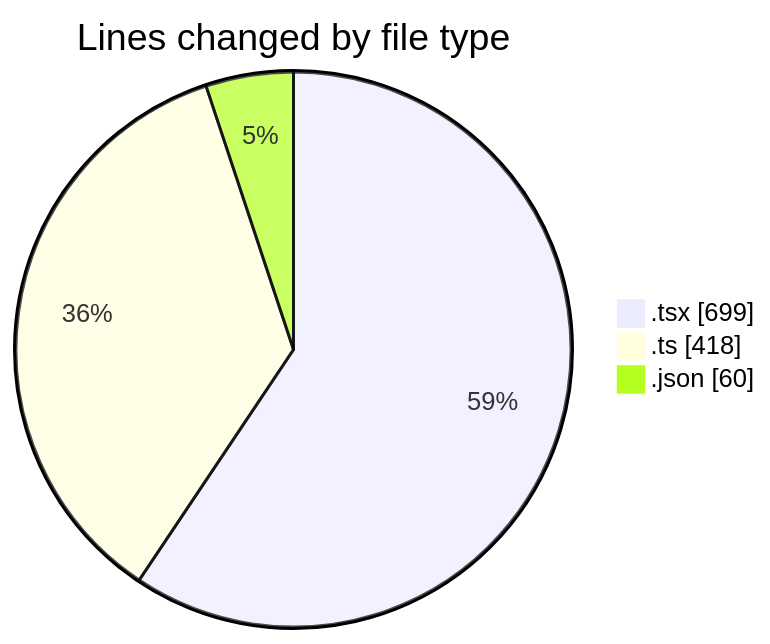
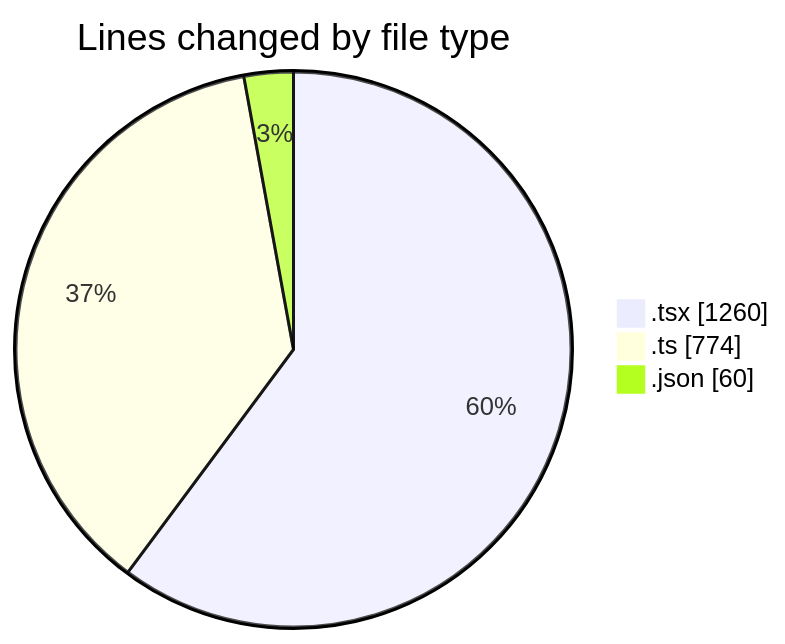
Before and after one commit to nxtqubesakshisongat/code-tracking: the first of 2 diagrams in 2026-04-20/airfeed-analytics-dashboard/README.md, drawn with Mermaid. The commit also changed other lines of this file and 1 other file, not shown here.

````diff
--- a/2026-04-20/airfeed-analytics-dashboard/README.md
+++ b/2026-04-20/airfeed-analytics-dashboard/README.md
@@ -28,7 +30,7 @@
 ```mermaid
 pie showData
 title Lines changed by file type
-".tsx" : 699
-".ts" : 418
+".tsx" : 1260
+".ts" : 774
 ".json" : 60
 ```
````
